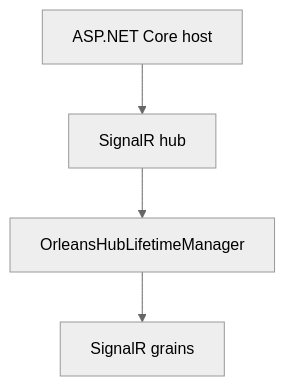
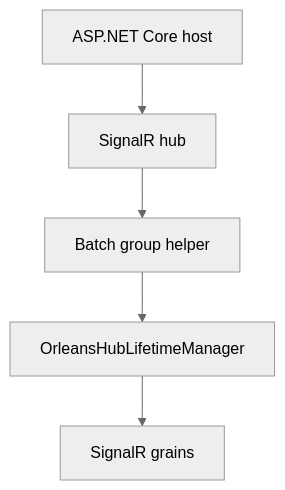
One commit to managedcode/Orleans.SignalR changed the diagram in docs/Features/Hub-Lifetime-Manager-Integration.md. Above: the diagram before and after it, drawn with Mermaid (neutral theme). The commit also changed other lines of this file and 15 other files, not shown here.

````diff
--- a/docs/Features/Hub-Lifetime-Manager-Integration.md
+++ b/docs/Features/Hub-Lifetime-Manager-Integration.md
@@ -24,9 +25,10 @@
 ```mermaid
 flowchart TD
   Host["ASP.NET Core host"]
   Hub["SignalR hub"]
+  Batch["Batch group helper"]
   Manager["OrleansHubLifetimeManager"]
   Grains["SignalR grains"]
 
-  Host --> Hub --> Manager --> Grains
+  Host --> Hub --> Batch --> Manager --> Grains
 ```
````
